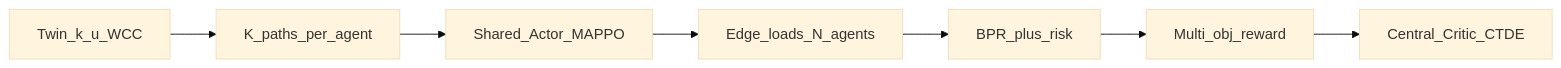
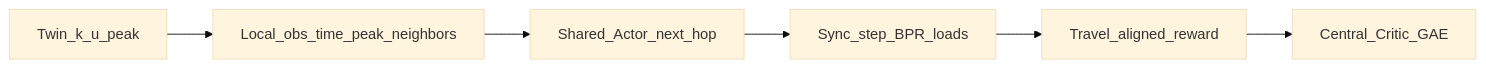
Before and after one commit to khoihoangminh05/hcmc-traffic-rl: the diagram in .docs/RESEARCH_ONE_PAPER.md, drawn with Mermaid (base theme). The commit also changed other lines of this file and 10 other files, not shown here.

Commit message:
Add MAPPO micro next-hop train path with long OD and peak-aware state.

````diff
--- a/.docs/RESEARCH_ONE_PAPER.md
+++ b/.docs/RESEARCH_ONE_PAPER.md
@@ -7,9 +6,8 @@
 ```mermaid
 flowchart LR
-  twin[Twin_k_u_WCC] --> cand[K_paths_per_agent]
-  cand --> actors[Shared_Actor_MAPPO]
-  actors --> loads[Edge_loads_N_agents]
-  loads --> bpr[BPR_plus_risk]
-  bpr --> rew[Multi_obj_reward]
-  rew --> critic[Central_Critic_CTDE]
+  twin[Twin_k_u_peak] --> obs[Local_obs_time_peak_neighbors]
+  obs --> actor[Shared_Actor_next_hop]
+  actor --> step[Sync_step_BPR_loads]
+  step --> rew[Travel_aligned_reward]
+  rew --> critic[Central_Critic_GAE]
 ```
````
